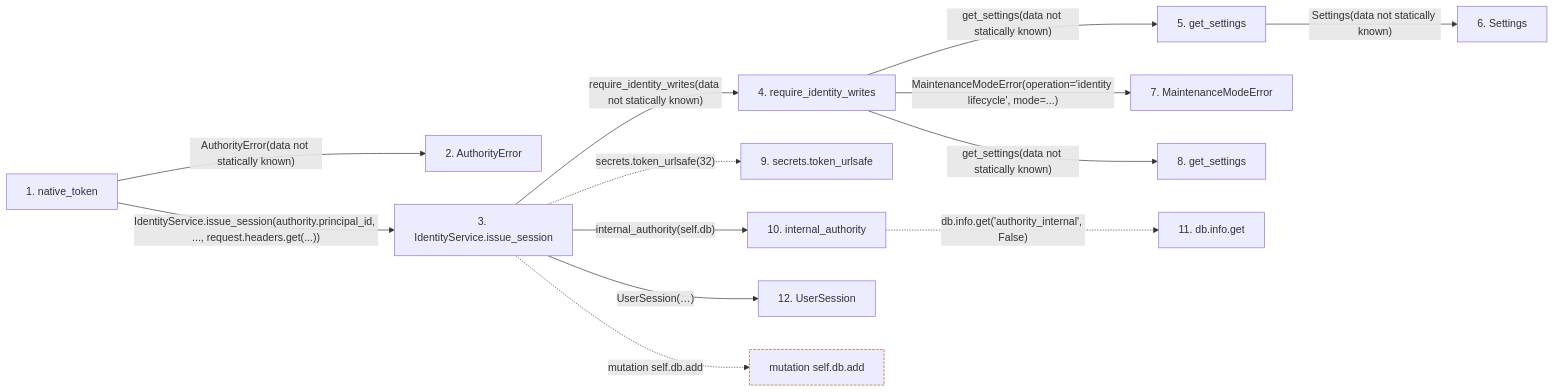
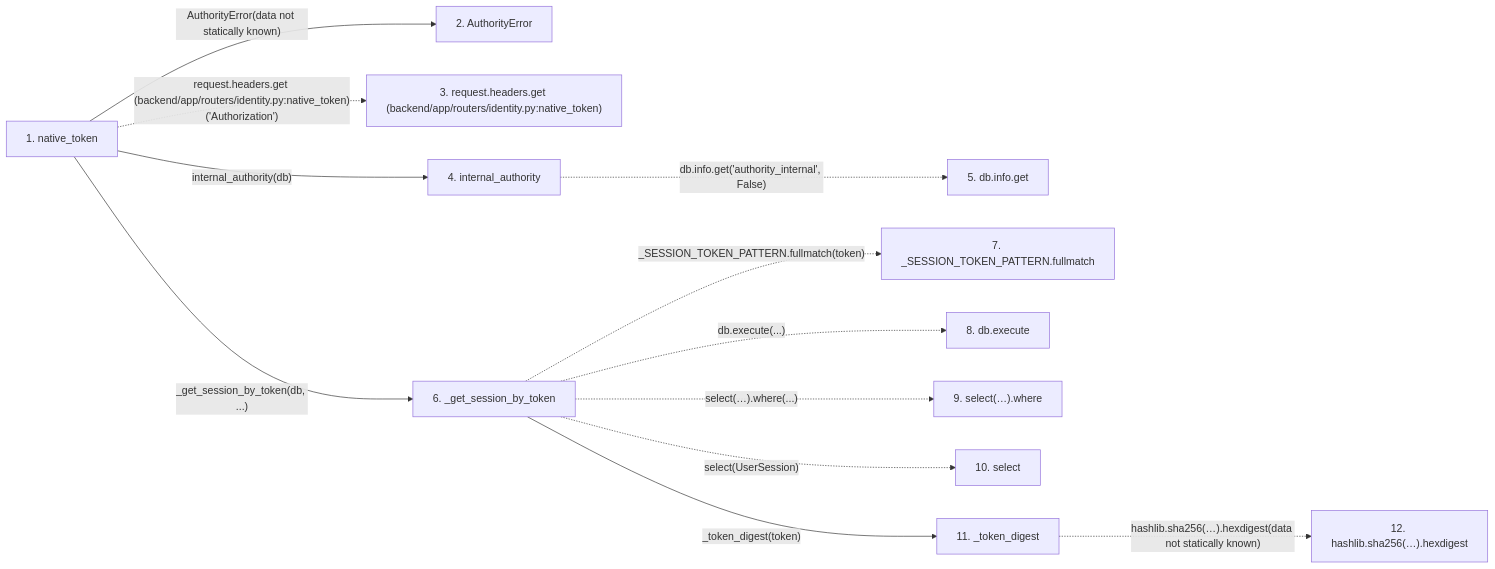
Before and after one commit to Denissvgn/WorkChord: the second of 2 diagrams in docs/llm_wiki/flows/http-native_token.md, drawn with Mermaid. The commit also changed other lines of this file and 1048 other files, not shown here.

````diff
--- a/docs/llm_wiki/flows/http-native_token.md
+++ b/docs/llm_wiki/flows/http-native_token.md
@@ -131,40 +133,31 @@
 ```mermaid
 flowchart LR
     s1["1. native_token"]
     s2["2. AuthorityError"]
-    s3["3. IdentityService.issue_session"]
-    s4["4. require_identity_writes"]
-    s5["5. get_settings"]
-    s6["6. Settings"]
-    s7["7. MaintenanceModeError"]
-    s8["8. get_settings"]
-    s9["9. secrets.token_urlsafe"]
-    s10["10. internal_authority"]
-    s11["11. db.info.get"]
-    s12["12. UserSession"]
+    s3["3. request.headers.get (backend/app/routers/identity.py:native_token)"]
+    s4["4. internal_authority"]
+    s5["5. db.info.get"]
+    s6["6. _get_session_by_token"]
+    s7["7. _SESSION_TOKEN_PATTERN.fullmatch"]
+    s8["8. db.execute"]
+    s9["9. select(…).where"]
+    s10["10. select"]
+    s11["11. _token_digest"]
+    s12["12. hashlib.sha256(…).hexdigest"]
     s1 -->|"AuthorityError(data not statically known)"| s2
-    s1 -->|"IdentityService.issue_session(authority.principal_id, ..., request.headers.get(...))"| s3
-    s3 -->|"require_identity_writes(data not statically known)"| s4
-    s4 -->|"get_settings(data not statically known)"| s5
-    s5 -->|"Settings(data not statically known)"| s6
-    s4 -->|"MaintenanceModeError(operation='identity lifecycle', mode=...)"| s7
-    s4 -->|"get_settings(data not statically known)"| s8
-    s3 -. "secrets.token_urlsafe(32)" .-> s9
-    s3 -->|"internal_authority(self.db)"| s10
-    s10 -. "db.info.get('authority_internal', False)" .-> s11
-    s3 -->|"UserSession(…)"| s12
-    b0["mutation self.db.add"]
-    s3 -. "mutation self.db.add" .-> b0
+    s1 -. "request.headers.get (backend/app/routers/identity.py:native_token)('Authorization')" .-> s3
+    s1 -->|"internal_authority(db)"| s4
+    s4 -. "db.info.get('authority_internal', False)" .-> s5
+    s1 -->|"_get_session_by_token(db, ...)"| s6
+    s6 -. "_SESSION_TOKEN_PATTERN.fullmatch(token)" .-> s7
+    s6 -. "db.execute(...)" .-> s8
+    s6 -. "select(…).where(...)" .-> s9
+    s6 -. "select(UserSession)" .-> s10
+    s6 -->|"_token_digest(token)"| s11
+    s11 -. "hashlib.sha256(…).hexdigest(data not statically known)" .-> s12
     click s1 "../modules/routers_identity.md"
     click s2 "../modules/authority.md"
-    click s3 "../modules/identity_service.md"
-    click s4 "../modules/identity_service.md"
-    click s5 "../modules/config.md"
-    click s6 "../modules/config.md"
-    click s7 "../modules/maintenance.md"
-    click s8 "../modules/config.md"
-    click s10 "../modules/authority.md"
-    click s12 "../modules/user_session.md"
-    classDef boundary stroke:#b45309,stroke-dasharray: 4 2
-    class b0 boundary
+    click s4 "../modules/authority.md"
+    click s6 "../modules/session_service.md"
+    click s11 "../modules/session_service.md"
 ```
````
